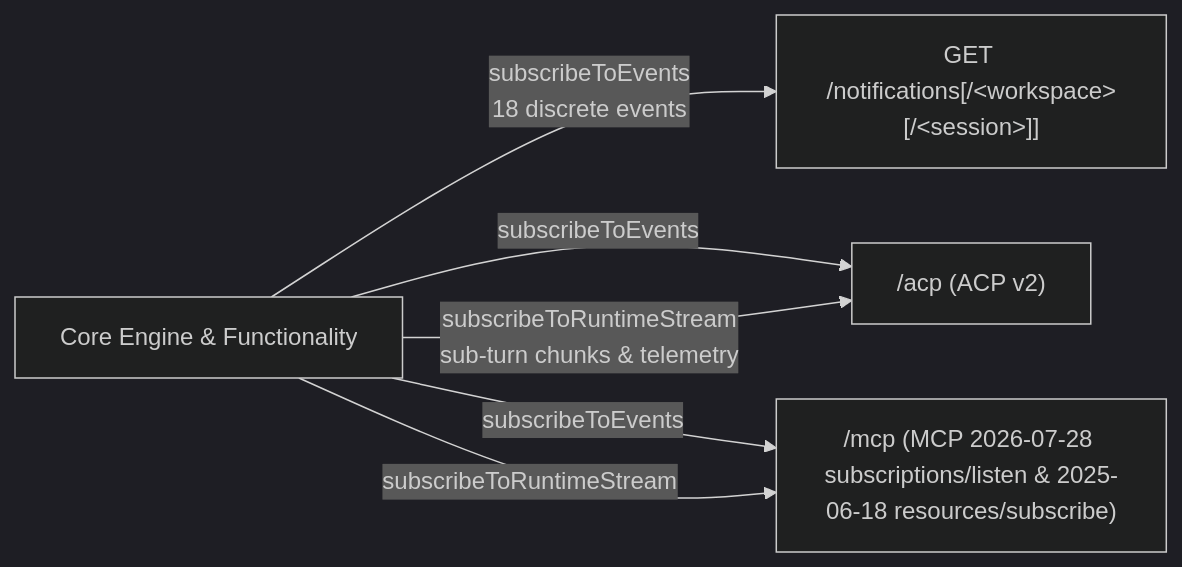
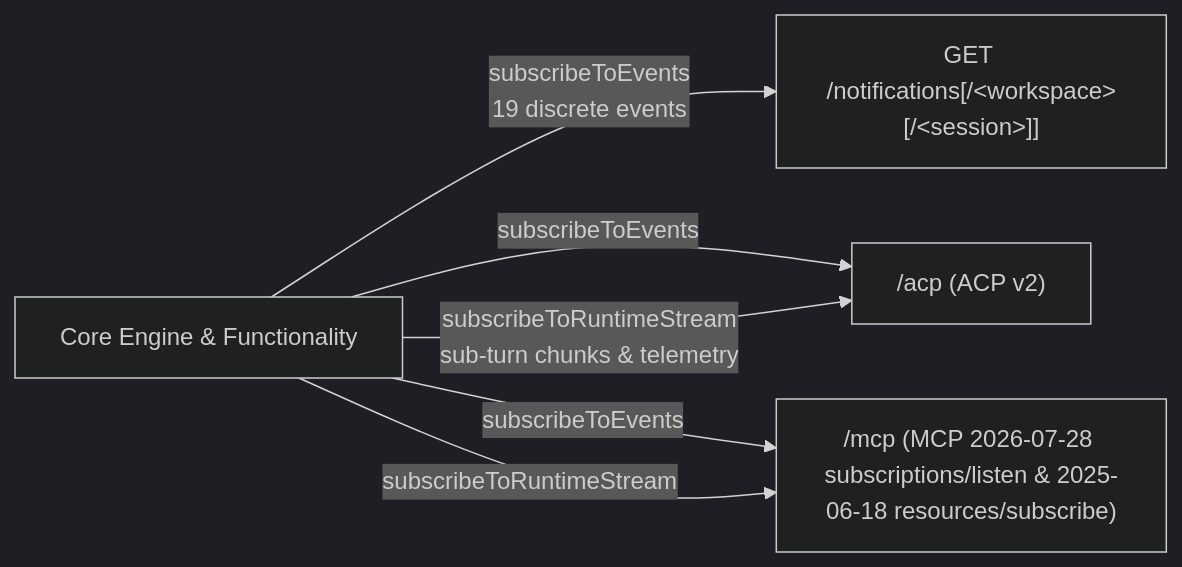
Before and after one commit to plurnk/plurnk-service: the diagram in plurnk-core/docs/notifications.md, drawn with Mermaid (dark theme). The commit also changed other lines of this file and 50 other files, not shown here.

````diff
--- a/plurnk-core/docs/notifications.md
+++ b/plurnk-core/docs/notifications.md
@@ -5,8 +5,8 @@
 ```mermaid
 flowchart LR
-    Core["Core Engine & Functionality"] -->|"subscribeToEvents<br/>18 discrete events"| SSE["GET /notifications[/&lt;workspace&gt;[/&lt;session&gt;]]"]
+    Core["Core Engine & Functionality"] -->|"subscribeToEvents<br/>19 discrete events"| SSE["GET /notifications[/&lt;workspace&gt;[/&lt;session&gt;]]"]
     Core -->|"subscribeToEvents"| ACP["/acp (ACP v2)"]
     Core -->|"subscribeToEvents"| MCP["/mcp (MCP 2026-07-28 subscriptions/listen & 2025-06-18 resources/subscribe)"]
     Core -->|"subscribeToRuntimeStream<br/>sub-turn chunks & telemetry"| ACP
     Core -->|"subscribeToRuntimeStream"| MCP
 ```
````
